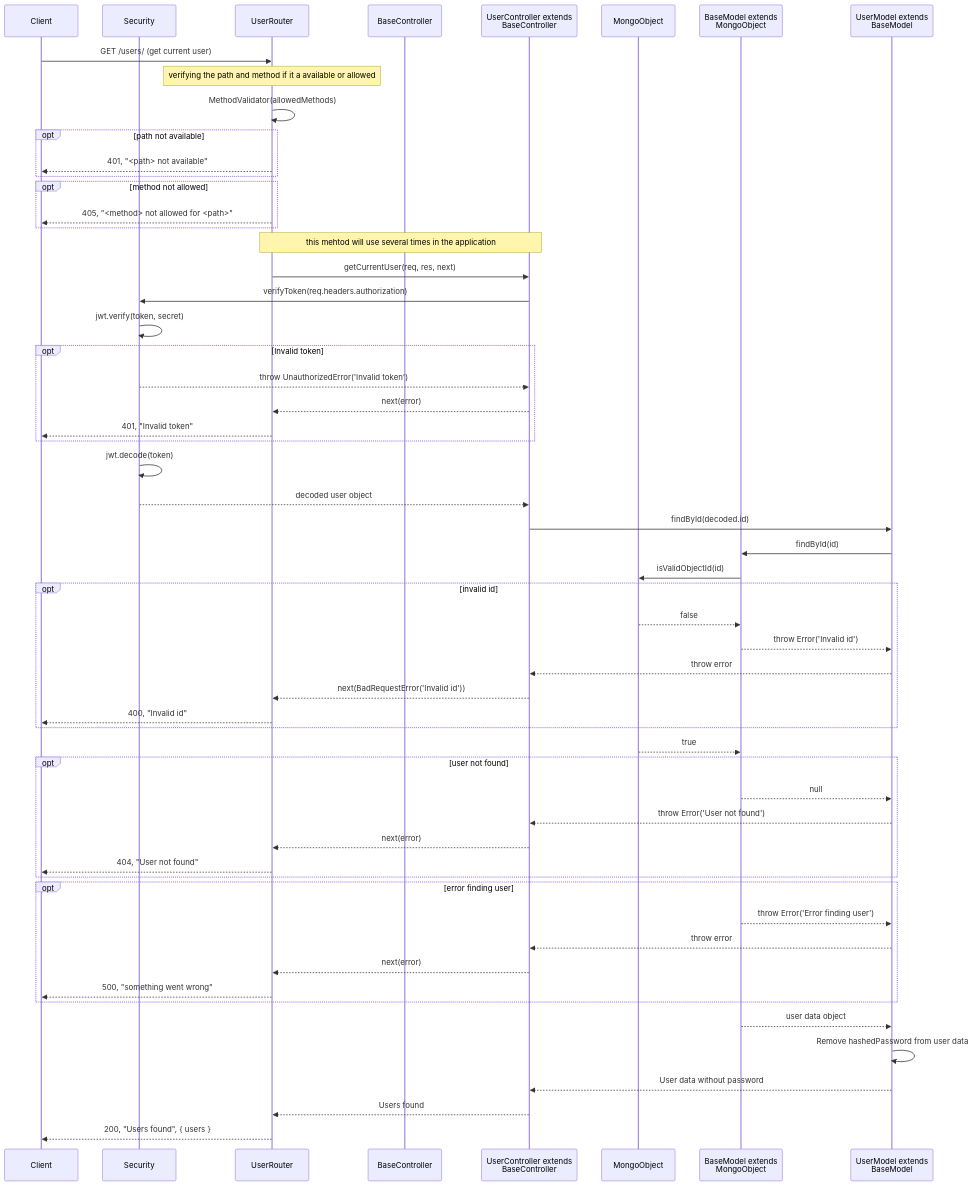
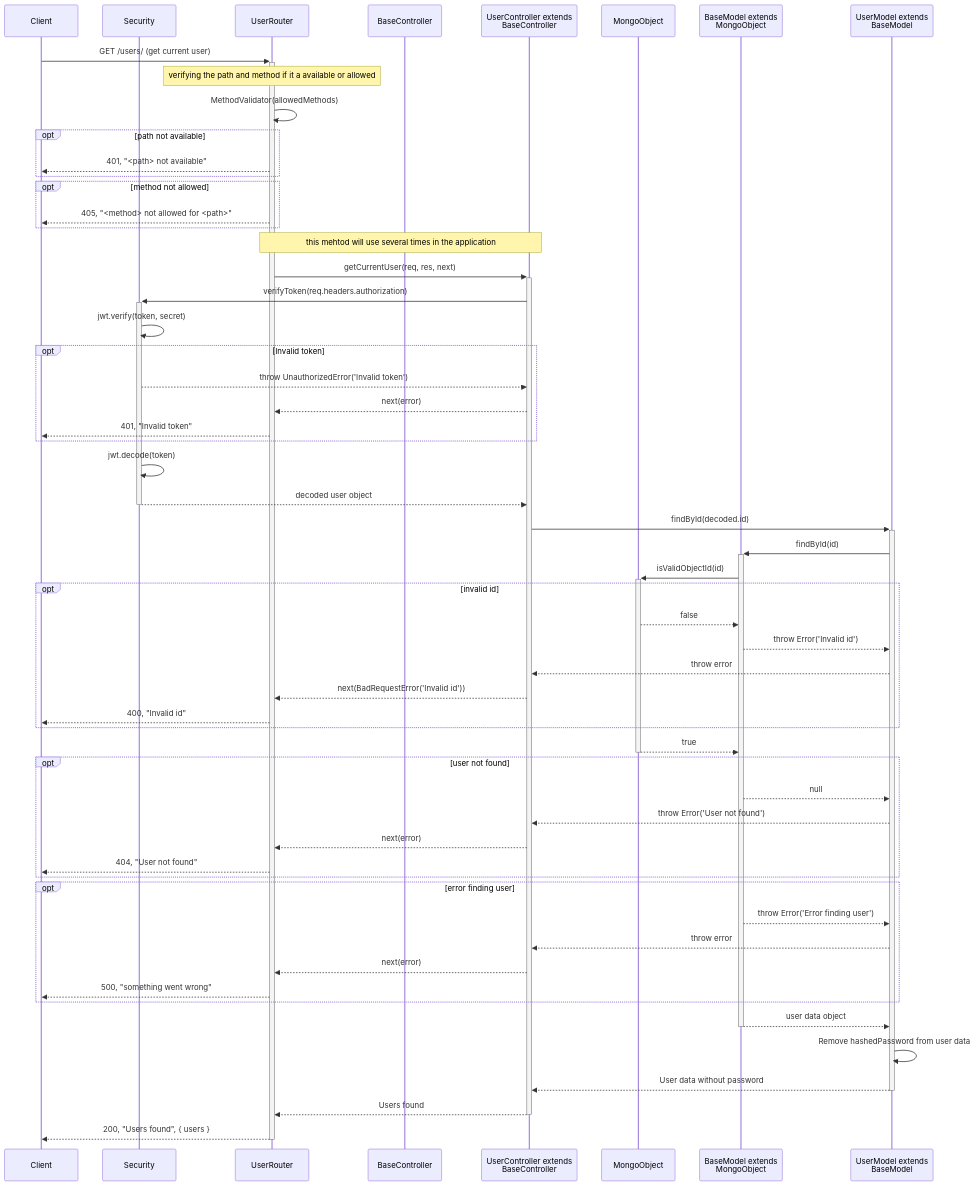
Before and after one commit to SawatKia/WealthTracking: the diagram in design/newClassesDesign/UserManagement/read.mmd, drawn with Mermaid. The commit also changed 2 other files, not shown here.

Commit message:
chore: Refactor UserManagement add activation box

```diff
--- a/design/newClassesDesign/UserManagement/read.mmd
+++ b/design/newClassesDesign/UserManagement/read.mmd
@@ -1,59 +1,59 @@
 sequenceDiagram
     participant Client
     participant Sec as Security
     participant UserRouter as UserRouter
     participant BaseCont as BaseController
     participant UserCont as UserController extends<br> BaseController
     participant Mongo as MongoObject
     participant BaseModel as BaseModel extends<br> MongoObject
     participant Model as UserModel extends<br> BaseModel
 
     %% Get User
-    Client->>UserRouter: GET /users/ (get current user)
+    Client->>+UserRouter: GET /users/ (get current user)
     Note over UserRouter : verifying the path and method if it a available or allowed
     UserRouter->>UserRouter: MethodValidator(allowedMethods)
     opt path not available
         UserRouter-->>Client: 401, "<path> not available"
     end
     opt method not allowed
         UserRouter-->>Client: 405, "<method> not allowed for <path>"
     end
     Note over UserRouter, UserCont : this mehtod will use several times in the application
-    UserRouter->>UserCont: getCurrentUser(req, res, next)
-    UserCont->>Sec: verifyToken(req.headers.authorization)
+    UserRouter->>+UserCont: getCurrentUser(req, res, next)
+    UserCont->>+Sec: verifyToken(req.headers.authorization)
     Sec->>Sec: jwt.verify(token, secret)
     opt Invalid token
         Sec-->>UserCont: throw UnauthorizedError('Invalid token')
         UserCont-->>UserRouter: next(error)
         UserRouter-->>Client: 401, "Invalid token"
     end
     Sec->>Sec: jwt.decode(token)
-    Sec-->>UserCont: decoded user object
-    UserCont->>Model: findById(decoded.id)
-    Model->>BaseModel: findById(id)
-    BaseModel->>Mongo: isValidObjectId(id)
+    Sec-->>-UserCont: decoded user object
+    UserCont->>+Model: findById(decoded.id)
+    Model->>+BaseModel: findById(id)
+    BaseModel->>+Mongo: isValidObjectId(id)
     opt invalid id
         Mongo-->>BaseModel: false
         BaseModel-->>Model: throw Error('Invalid id')
         Model-->>UserCont: throw error
         UserCont-->>UserRouter: next(BadRequestError('Invalid id'))
         UserRouter-->>Client: 400, "Invalid id"
     end
-    Mongo-->>BaseModel: true
+    Mongo-->>-BaseModel: true
     opt user not found
         BaseModel-->>Model: null
         Model-->>UserCont: throw Error('User not found')
         UserCont-->>UserRouter: next(error)
         UserRouter-->>Client: 404, "User not found"
     end
     opt error finding user
         BaseModel-->>Model: throw Error('Error finding user')
         Model-->>UserCont: throw error
         UserCont-->>UserRouter: next(error)
         UserRouter-->>Client: 500, "something went wrong"
     end
-    BaseModel-->>Model: user data object
+    BaseModel-->>-Model: user data object
     Model->>Model: Remove hashedPassword from user data
-    Model-->>UserCont: User data without password
-    UserCont-->>UserRouter: Users found
-    UserRouter-->>Client: 200, "Users found", { users }
+    Model-->>-UserCont: User data without password
+    UserCont-->>-UserRouter: Users found
+    UserRouter-->>-Client: 200, "Users found", { users }
```
